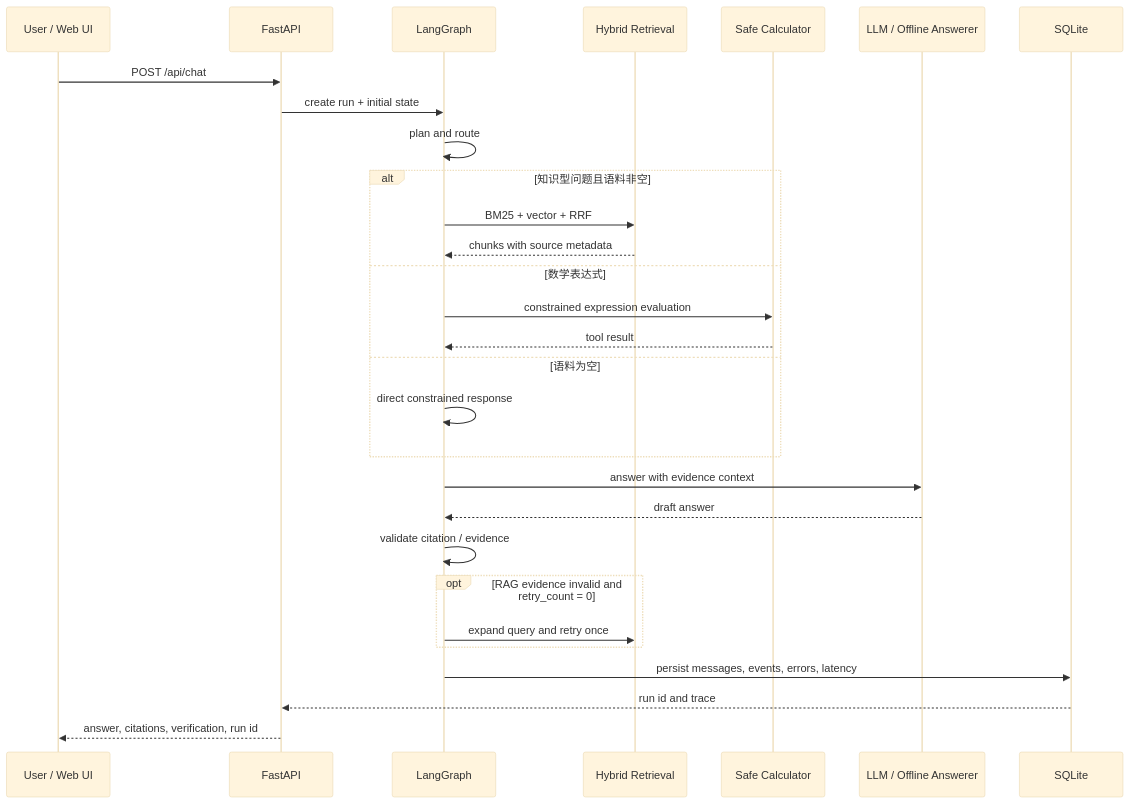
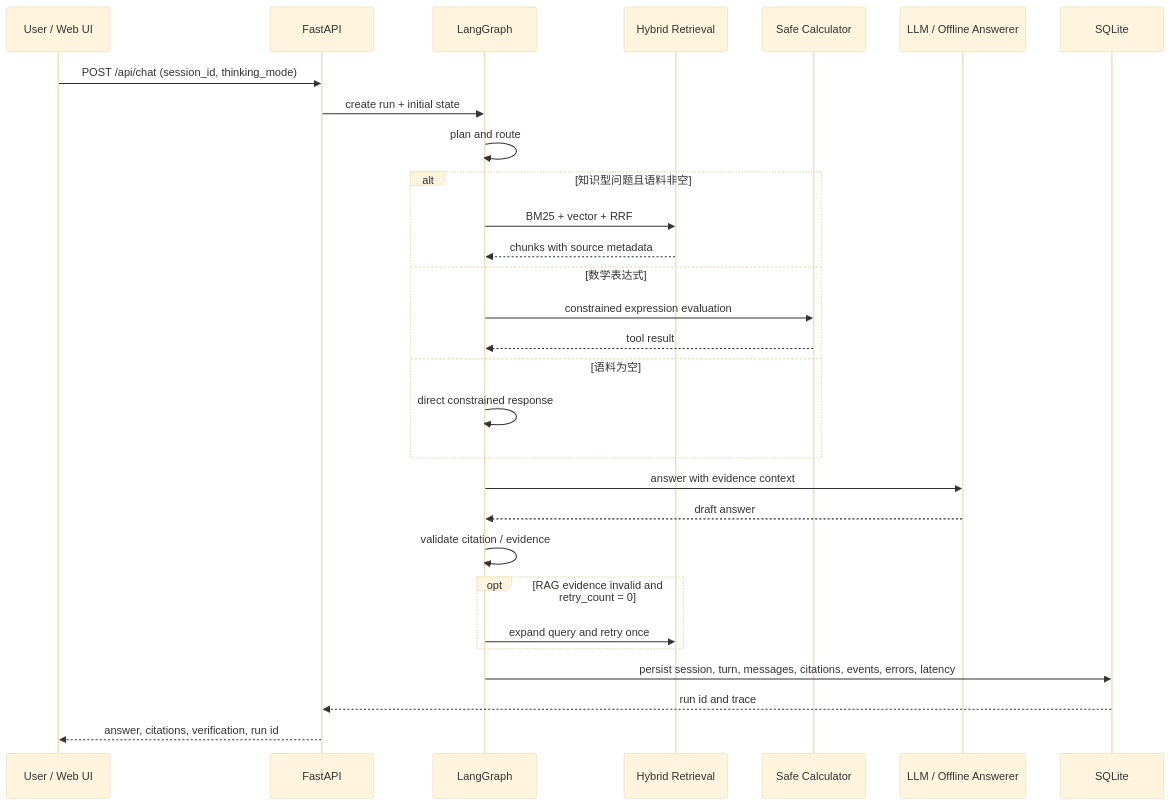
The first of 2 diagrams in docs/architecture-and-decisions.md (francis3253161180-maker/researchflow-agent), drawn with Mermaid (base theme) before and after one commit. The commit also changed other lines of this file and 18 other files, not shown here.

Commit message:
feat: add persistent multi-turn chat sessions

````diff
--- a/docs/architecture-and-decisions.md
+++ b/docs/architecture-and-decisions.md
@@ -29,32 +29,32 @@
 ```mermaid
 sequenceDiagram
     participant U as User / Web UI
     participant A as FastAPI
     participant G as LangGraph
     participant R as Hybrid Retrieval
     participant T as Safe Calculator
     participant L as LLM / Offline Answerer
     participant D as SQLite
 
-    U->>A: POST /api/chat
+    U->>A: POST /api/chat (session_id, thinking_mode)
     A->>G: create run + initial state
     G->>G: plan and route
     alt 知识型问题且语料非空
         G->>R: BM25 + vector + RRF
         R-->>G: chunks with source metadata
     else 数学表达式
         G->>T: constrained expression evaluation
         T-->>G: tool result
     else 语料为空
         G->>G: direct constrained response
     end
     G->>L: answer with evidence context
     L-->>G: draft answer
     G->>G: validate citation / evidence
     opt RAG evidence invalid and retry_count = 0
         G->>R: expand query and retry once
     end
-    G->>D: persist messages, events, errors, latency
+    G->>D: persist session, turn, messages, citations, events, errors, latency
     D-->>A: run id and trace
     A-->>U: answer, citations, verification, run id
 ```
````
